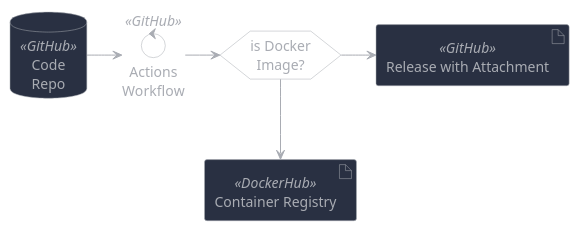
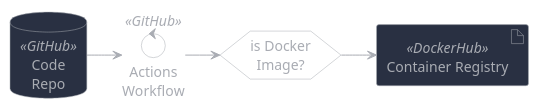
Before and after one commit to sommerfeld-io/website: the diagram in docs/modules/ROOT/pages/development/tools.adoc, drawn with PlantUML. The commit also changed other lines of this file, not shown here.

Commit message:
dockerhub as sole artifact repository

```diff
--- a/docs/modules/ROOT/pages/development/tools.adoc
+++ b/docs/modules/ROOT/pages/development/tools.adoc
@@ -19,57 +15,54 @@
 [plantuml, puml-build-image, svg]
 ----
 @startuml
 
 'skinparam linetype ortho
 skinparam monochrome false
 skinparam componentStyle uml2
 skinparam backgroundColor transparent
 'skinparam backgroundColor #202634
 skinparam ArrowColor #a9acb3
 skinparam NoteBorderColor #a9acb3
 skinparam NoteFontColor #a9acb3
 skinparam NoteBackgroundColor transparent
 skinparam ComponentBorderColor #a9acb3
 skinparam ComponentBackgroundColor #293042
 skinparam ComponentFontColor #a9acb3
 skinparam DatabaseBorderColor #a9acb3
 skinparam DatabaseBackgroundColor #293042
 skinparam DatabaseFontColor #a9acb3
 skinparam FileBorderColor #a9acb3
 skinparam FileBackgroundColor #293042
 skinparam FileFontColor #a9acb3
 skinparam ControlBorderColor #a9acb3
 skinparam ControlBackgroundColor #293042
 skinparam ControlFontColor #a9acb3
 skinparam RectangleBackgroundColor transparent
 skinparam RectangleBorderColor #a9acb3
 skinparam RectangleFontColor #a9acb3
 skinparam ControlBackgroundColor transparent
 skinparam ControlBorderColor #a9acb3
 skinparam ControlFontColor #a9acb3
 skinparam HexagonBackgroundColor transparent
 skinparam HexagonBorderColor #a9acb3
 skinparam HexagonFontColor #a9acb3
 skinparam ArtifactBackgroundColor #293042
 skinparam ArtifactBorderColor #a9acb3
 skinparam ArtifactFontColor #a9acb3
 skinparam defaultTextAlignment center
 skinparam activity {
 FontName Ubuntu
 }
 
 database repo as "Code\nRepo" <<GitHub>>
 control actions as "Actions\nWorkflow" <<GitHub>>
 repo -> actions
 
 hexagon isDocker as "is Docker\nImage?"
 actions -> isDocker
 
-artifact release as "Release with Attachment" <<GitHub>>
-isDocker -right-> release
-
 artifact dockerhub as "Container Registry" <<DockerHub>>
-isDocker -down-> dockerhub
+isDocker -right-> dockerhub
 
 @enduml
 ----
```
